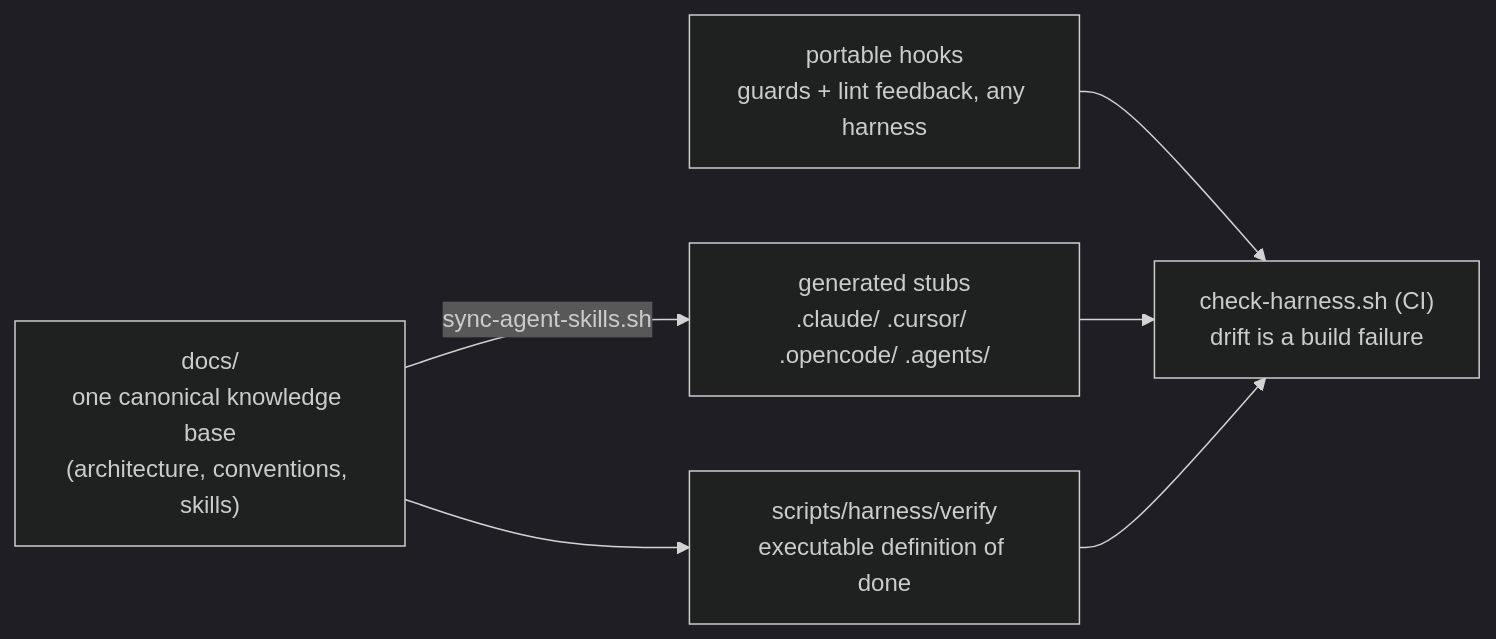
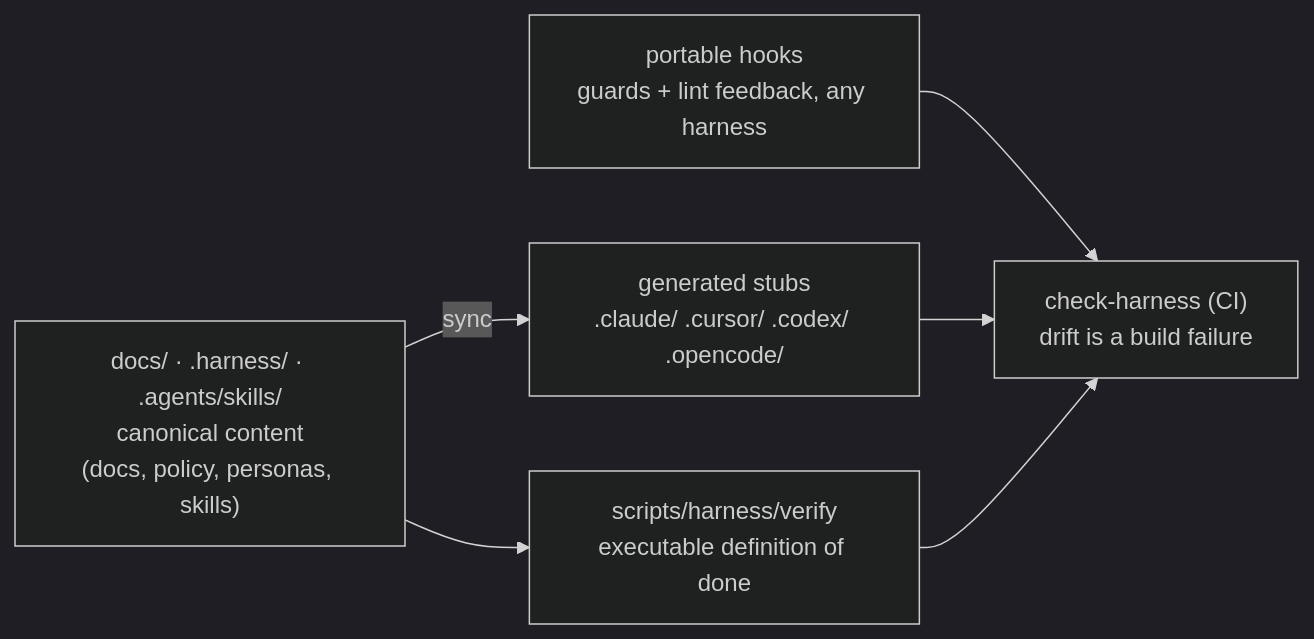
Before and after one commit to Neogenuity/harness-kit: the diagram in README.md, drawn with Mermaid (dark theme). The commit also changed other lines of this file and 73 other files, not shown here.

First line of the commit message:
release: v0.27.0 — second-review hardening: installer symlink fix, capability-table + ship-contract schema validation, doc-assurance across all zones, revived silent stop-hook

````diff
--- a/README.md
+++ b/README.md
@@ -17,13 +17,13 @@
 ```mermaid
 flowchart LR
-    D["docs/<br/>one canonical knowledge base<br/>(architecture, conventions, skills)"]
+    D["docs/ · .harness/ · .agents/skills/<br/>canonical content<br/>(docs, policy, personas, skills)"]
     V["scripts/harness/verify<br/>executable definition of done"]
-    G["generated stubs<br/>.claude/ .cursor/ .opencode/ .agents/"]
+    G["generated stubs<br/>.claude/ .cursor/ .codex/ .opencode/"]
     H["portable hooks<br/>guards + lint feedback, any harness"]
-    CI["check-harness.sh (CI)<br/>drift is a build failure"]
-    D -->|sync-agent-skills.sh| G
+    CI["check-harness (CI)<br/>drift is a build failure"]
+    D -->|sync| G
     D --> V
     H --> CI
     G --> CI
     V --> CI
 ```
````
